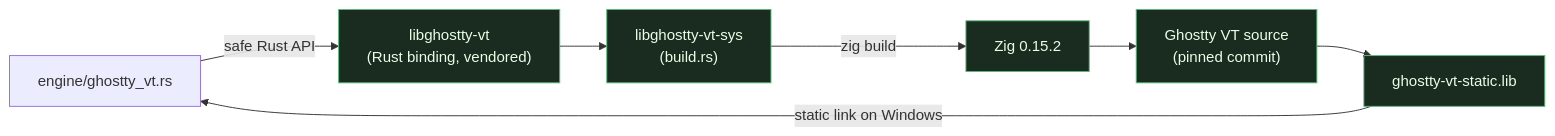
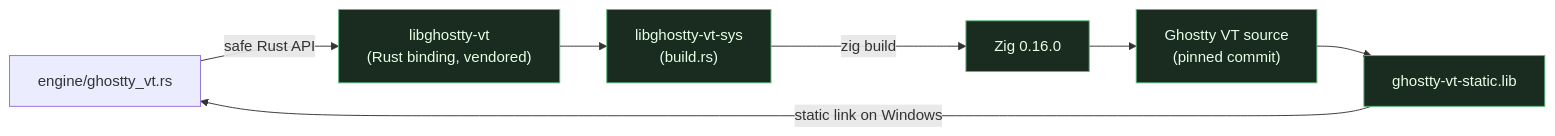
The first of 4 diagrams in docs/touchpoints/libghostty.md (stvnksslr/geist), drawn with Mermaid before and after one commit. The commit also changed other lines of this file and 46 other files, not shown here.

````diff
--- a/docs/touchpoints/libghostty.md
+++ b/docs/touchpoints/libghostty.md
@@ -16,19 +16,19 @@
 ```mermaid
 flowchart LR
     src["engine/ghostty_vt.rs"]
     bind["libghostty-vt<br/>(Rust binding, vendored)"]
     sys["libghostty-vt-sys<br/>(build.rs)"]
-    zig["Zig 0.15.2"]
+    zig["Zig 0.16.0"]
     ghostty["Ghostty VT source<br/>(pinned commit)"]
     archive["ghostty-vt-static.lib"]
 
     src -->|safe Rust API| bind
     bind --> sys
     sys -->|"zig build"| zig
     zig --> ghostty
     ghostty --> archive
     archive -->|static link on Windows| src
 
     classDef v fill:#1a2b1f,stroke:#5cba7c,color:#e6ffe6
     class bind,sys,zig,ghostty,archive v
 ```
````
